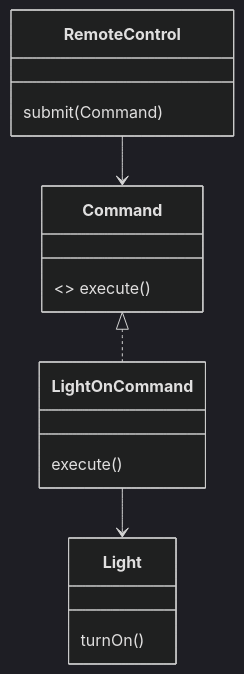
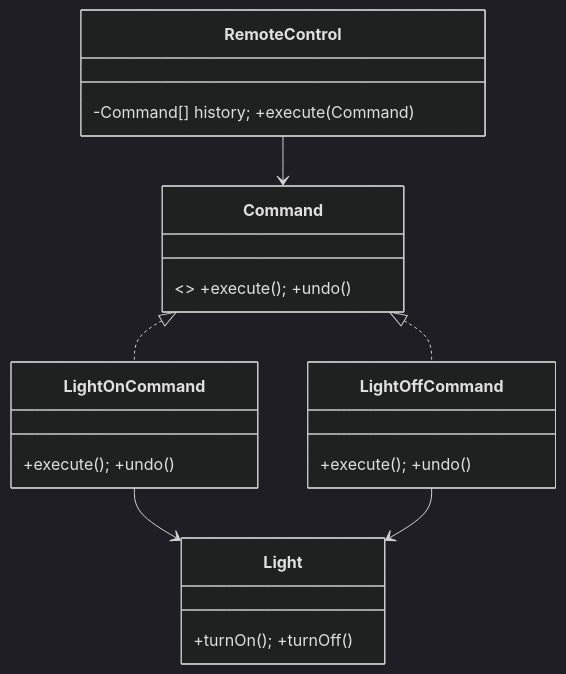
Before and after one commit to Ankitsinghsisodya/Low-level-design: diagram 20 of 26 in README.md, drawn with Mermaid (dark theme). The commit also changed other lines of this file, not shown here.

````diff
--- a/README.md
+++ b/README.md
@@ -335,10 +981,13 @@
 ```mermaid
 classDiagram
-    class Command { <<interface>> execute() }
-    class LightOnCommand { execute() }
-    class Light { turnOn() }
-    class RemoteControl { submit(Command) }
+    class Command { <<interface>> +execute(); +undo() }
+    class LightOnCommand  { +execute(); +undo() }
+    class LightOffCommand { +execute(); +undo() }
+    class Light { +turnOn(); +turnOff() }
+    class RemoteControl { -Command[] history; +execute(Command) }
     Command <|.. LightOnCommand
-    LightOnCommand --> Light
-    RemoteControl --> Command
+    Command <|.. LightOffCommand
+    LightOnCommand  --> Light
+    LightOffCommand --> Light
+    RemoteControl   --> Command
 ```
````
